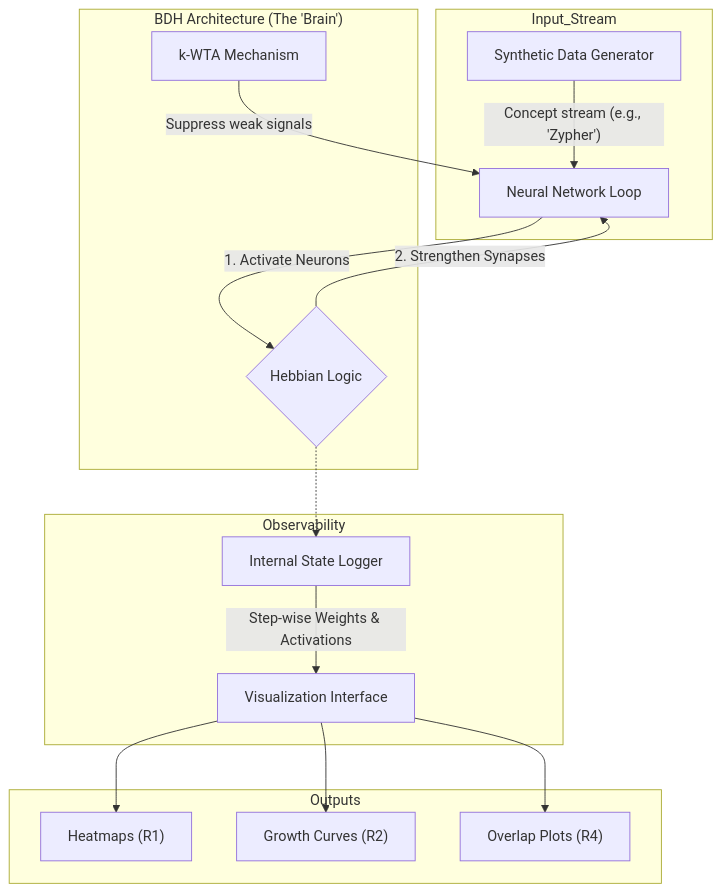
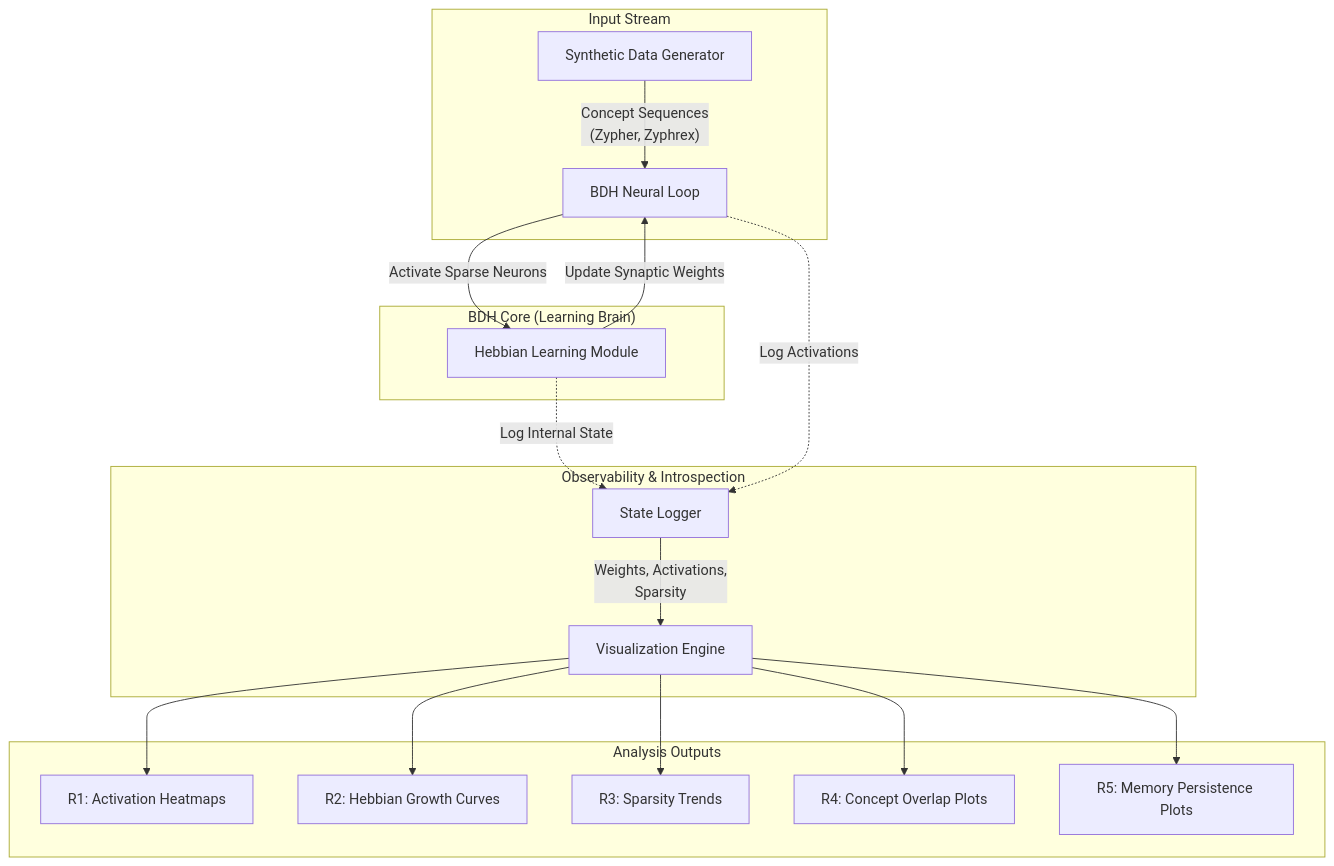
One commit to Satish-vaishyar/From-Noise-to-Memory-BDH changed the diagram in README.md. Above: the diagram before and after it, drawn with Mermaid.

````diff
--- a/README.md
+++ b/README.md
@@ -96,23 +85,32 @@
 ```mermaid
 graph TD
-    subgraph Input_Stream
-    A[Synthetic Data Generator] -- "Concept stream (e.g., 'Zypher')" --> B
+
+    %% -------- Input Layer --------
+    subgraph Input_Stream ["Input Stream"]
+        A[Synthetic Data Generator]
+        A -- Concept Sequences<br/>(Zypher, Zyphrex) --> B
     end
 
-    subgraph BDH_Core ["BDH Architecture (The 'Brain')"]
-    B[Neural Network Loop] -- "1. Activate Neurons" --> C{Hebbian Logic}
-    C -- "2. Strengthen Synapses" --> B
-    D[k-WTA Mechanism] -- "Suppress weak signals" --> B
+    %% -------- Core Model --------
+    subgraph BDH_Core ["BDH Core (Learning Brain)"]
+        B[BDH Neural Loop]
+        B -- Activate Sparse Neurons --> C[Hebbian Learning Module]
+        C -- Update Synaptic Weights --> B
     end
 
-    subgraph Observability
-    C -.-> E[Internal State Logger]
-    E -- "Step-wise Weights & Activations" --> F[Visualization Interface]
+    %% -------- Observability --------
+    subgraph Observability ["Observability & Introspection"]
+        C -. Log Internal State .-> D[State Logger]
+        B -. Log Activations .-> D
+        D -- Weights, Activations,<br/>Sparsity --> E[Visualization Engine]
     end
 
-    subgraph Outputs
-    F --> G["Heatmaps (R1)"]
-    F --> H["Growth Curves (R2)"]
-    F --> I["Overlap Plots (R4)"]
+    %% -------- Outputs --------
+    subgraph Outputs ["Analysis Outputs"]
+        E --> F[R1: Activation Heatmaps]
+        E --> G[R2: Hebbian Growth Curves]
+        E --> H[R3: Sparsity Trends]
+        E --> I[R4: Concept Overlap Plots]
+        E --> J[R5: Memory Persistence Plots]
     end
 ```
````
